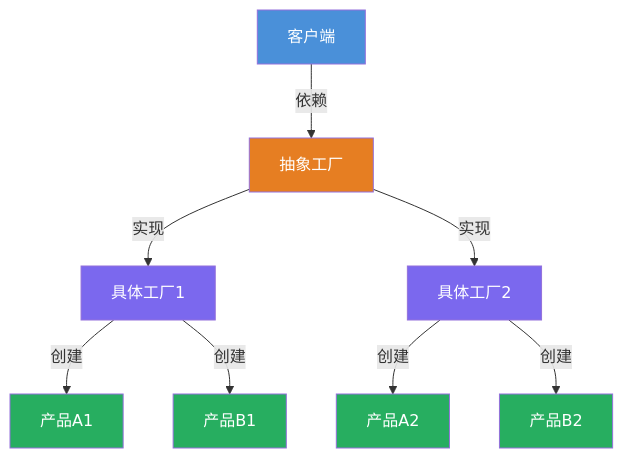
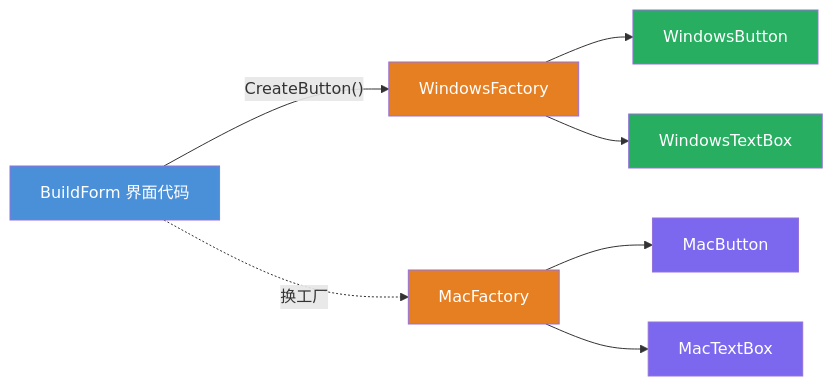
The second of 3 diagrams in AbstractFactoryPattern/README.md (hollson/design_patterns), drawn with Mermaid before and after one commit. The commit also changed other lines of this file and 25 other files, not shown here.

````diff
--- a/AbstractFactoryPattern/README.md
+++ b/AbstractFactoryPattern/README.md
@@ -27,19 +121,17 @@
 ```mermaid
-flowchart TD
-    A["客户端"] -->|"依赖"| B["抽象工厂"]
-    B -->|"实现"| C["具体工厂1"]
-    B -->|"实现"| D["具体工厂2"]
-    C -->|"创建"| E["产品A1"]
-    C -->|"创建"| F["产品B1"]
-    D -->|"创建"| G["产品A2"]
-    D -->|"创建"| H["产品B2"]
+flowchart LR
+    F["BuildForm 界面代码"] -->|"CreateButton()"| WF["WindowsFactory"]
+    F -.->|"换工厂"| MF["MacFactory"]
+    WF --> WB["WindowsButton"]
+    WF --> WT["WindowsTextBox"]
+    MF --> MB["MacButton"]
+    MF --> MT["MacTextBox"]
 
-    style A fill:#4A90D9,color:#fff
-    style B fill:#E67E22,color:#fff
-    style C fill:#7B68EE,color:#fff
-    style D fill:#7B68EE,color:#fff
-    style E fill:#27AE60,color:#fff
-    style F fill:#27AE60,color:#fff
-    style G fill:#27AE60,color:#fff
-    style H fill:#27AE60,color:#fff
+    style F fill:#4A90D9,color:#fff
+    style WF fill:#E67E22,color:#fff
+    style MF fill:#E67E22,color:#fff
+    style WB fill:#27AE60,color:#fff
+    style WT fill:#27AE60,color:#fff
+    style MB fill:#7B68EE,color:#fff
+    style MT fill:#7B68EE,color:#fff
 ```
````
